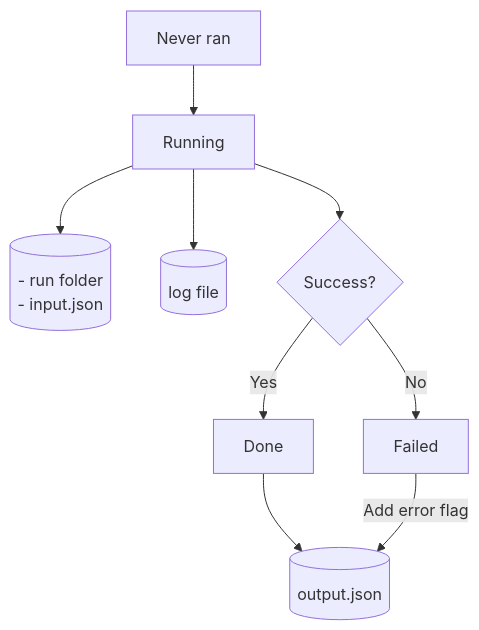
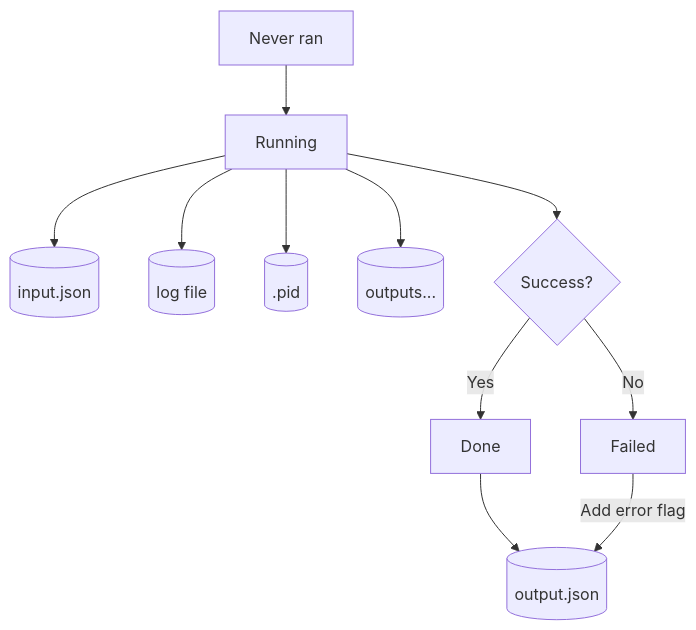
Before and after one commit to GEO-BON/bon-in-a-box-pipeline-engine: the third of 5 diagrams in README-dev.md, drawn with Mermaid. The commit also changed other lines of this file and 1 other file, not shown here.

````diff
--- a/README-dev.md
+++ b/README-dev.md
@@ -146,11 +158,13 @@
 ```mermaid
 flowchart TD
  never[Never ran] --> running[Running]
- running --> input[(- run folder\n- input.json)]
+ running --> input[(input.json)]
  running --> log[(log file)]
+ running --> pid[(.pid)]
+ running --> outputs[(outputs...)]
  running --> success{Success?}
  success --> |Yes| Done
  Done --> output[(output.json)]
  success --> |No| Failed
  Failed --> |Add error flag|output
 ```
````
